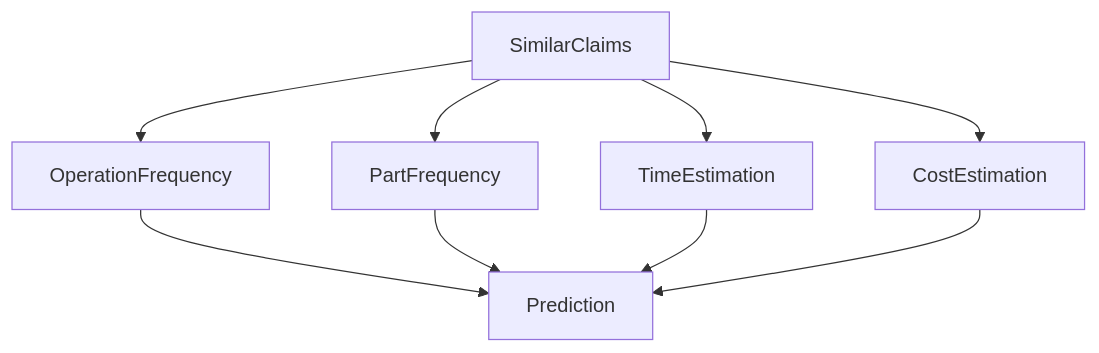
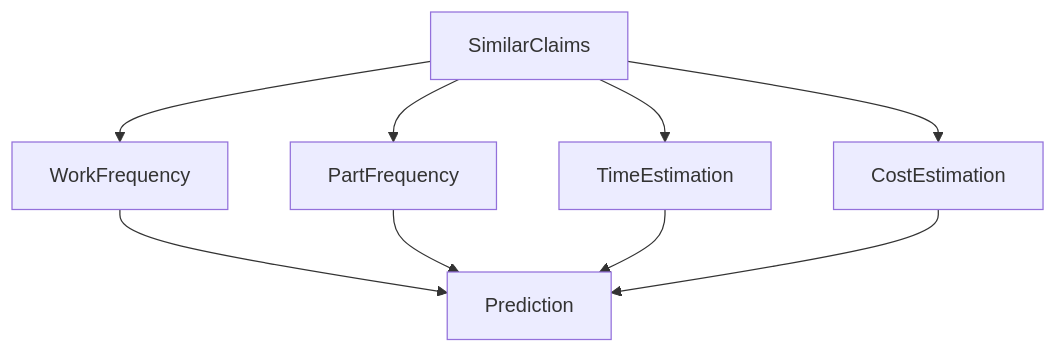
One commit to NotStancho/MediRepairTrack changed the fourth of 4 diagrams in docs/DSS_Architecture.md. Above: the diagram before and after it, drawn with Mermaid. The commit also changed other lines of this file and 87 other files, not shown here.

Commit message:
Rename `ClaimRepairOperation` to `ClaimWork` and update related references across the codebase

````diff
--- a/docs/DSS_Architecture.md
+++ b/docs/DSS_Architecture.md
@@ -402,13 +402,13 @@
 ```mermaid
 graph TD
 
-SimilarClaims --> OperationFrequency
+SimilarClaims --> WorkFrequency
 SimilarClaims --> PartFrequency
 SimilarClaims --> TimeEstimation
 SimilarClaims --> CostEstimation
 
-OperationFrequency --> Prediction
+WorkFrequency --> Prediction
 PartFrequency --> Prediction
 TimeEstimation --> Prediction
 CostEstimation --> Prediction
 ```
````
